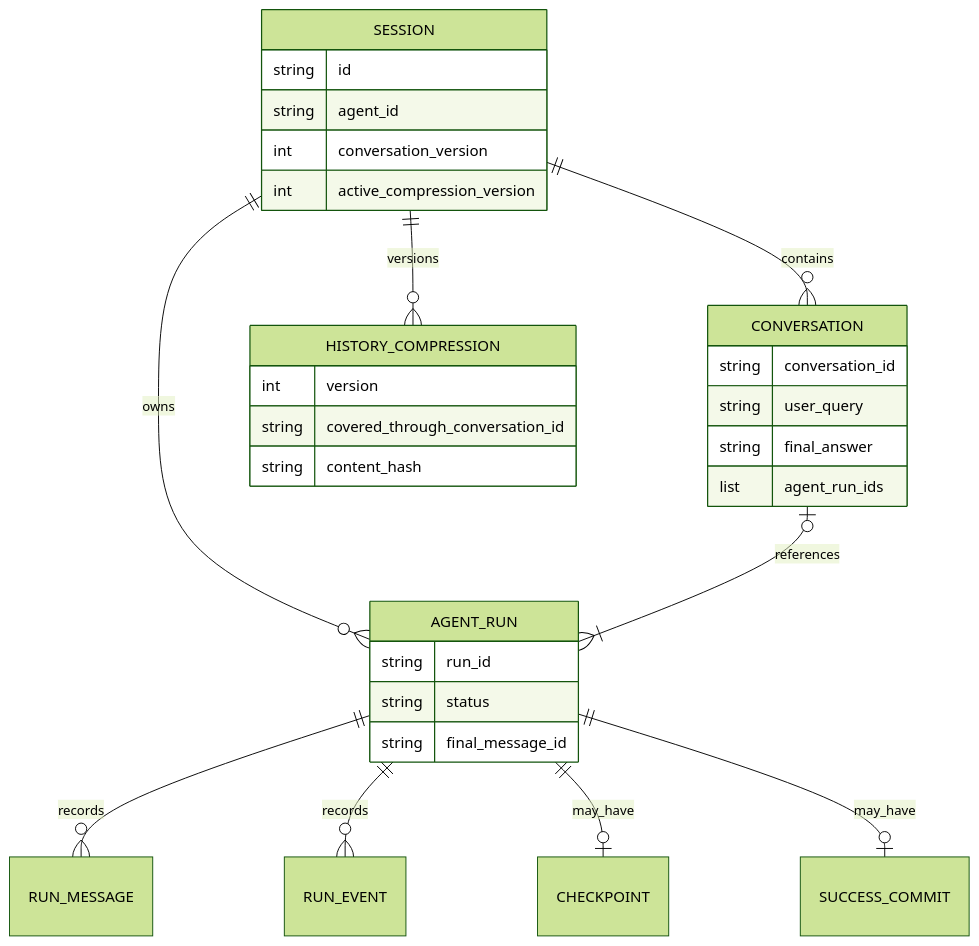
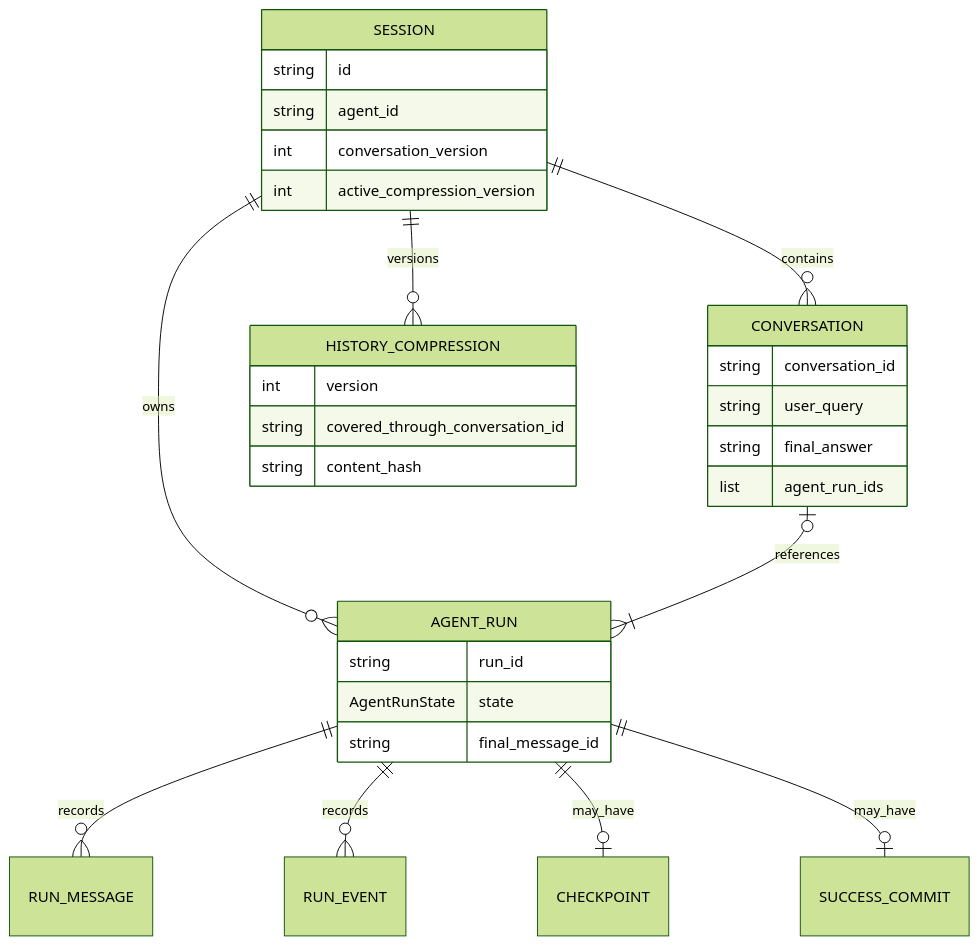
The second of 22 diagrams in docs/wiki/Session 模块总体说明.md (aandbcct/dotClaw), drawn with Mermaid (forest theme) before and after one commit. The commit also changed other lines of this file and 12 other files, not shown here.

````diff
--- a/docs/wiki/Session 模块总体说明.md
+++ b/docs/wiki/Session 模块总体说明.md
@@ -151,34 +151,34 @@
 ```mermaid
 erDiagram
     SESSION ||--o{ CONVERSATION : contains
     SESSION ||--o{ HISTORY_COMPRESSION : versions
     SESSION ||--o{ AGENT_RUN : owns
     AGENT_RUN ||--o{ RUN_MESSAGE : records
     AGENT_RUN ||--o{ RUN_EVENT : records
     AGENT_RUN ||--o| CHECKPOINT : may_have
     AGENT_RUN ||--o| SUCCESS_COMMIT : may_have
     CONVERSATION o|--|{ AGENT_RUN : references
 
     SESSION {
         string id
         string agent_id
         int conversation_version
         int active_compression_version
     }
     CONVERSATION {
         string conversation_id
         string user_query
         string final_answer
         list agent_run_ids
     }
     HISTORY_COMPRESSION {
         int version
         string covered_through_conversation_id
         string content_hash
     }
     AGENT_RUN {
         string run_id
-        string status
+        AgentRunState state
         string final_message_id
     }
 ```
````
